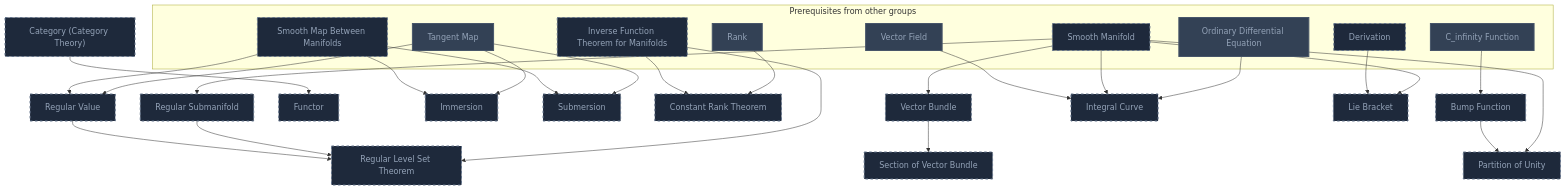
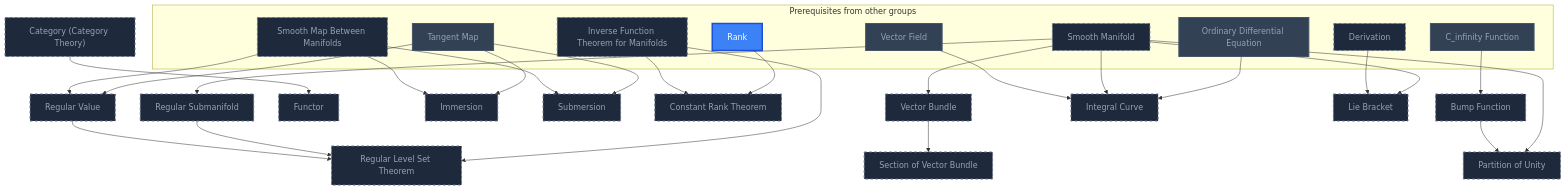
One commit to MRauf1/My-Notes changed diagram 14 of 21 in Gamification/Skill Trees/Differential Geometry.md. Above: the diagram before and after it, drawn with Mermaid. The commit also changed other lines of this file and 57 other files, not shown here.

````diff
--- a/Gamification/Skill Trees/Differential Geometry.md
+++ b/Gamification/Skill Trees/Differential Geometry.md
@@ -1009,63 +1012,64 @@
 ```mermaid
 flowchart TD
     classDef planned fill:#1E293B,stroke:#64748B,stroke-width:2px,stroke-dasharray:5 5,color:#94A3B8;
     classDef locked fill:#334155,stroke:#475569,stroke-width:2px,color:#94A3B8;
     classDef L0 fill:#F1F5F9,stroke:#94A3B8,stroke-width:2px,color:#000000;
     classDef L1 fill:#22C55E,stroke:#15803D,stroke-width:2px,color:#000000;
     classDef L2 fill:#3B82F6,stroke:#1D4ED8,stroke-width:3px,color:#FFFFFF;
     classDef L3 fill:#A855F7,stroke:#6B21A8,stroke-width:3px,color:#FFFFFF,font-weight:bold;
     classDef L4 fill:#F97316,stroke:#C2410C,stroke-width:4px,color:#000000,font-weight:bold;
     classDef L5 fill:#FFD700,stroke:#FF8C00,stroke-width:5px,color:#000000,font-weight:bold;
     classDef rusty stroke:#8B4513,stroke-width:4px,stroke-dasharray:3 3;
     subgraph sg_prereqs["Prerequisites from other groups"]
         n_smooth_manifold["Smooth Manifold"]
         n_smooth_map_between_manifolds["Smooth Map Between Manifolds"]
         n_tangent_map["Tangent Map"]
         n_inverse_function_theorem_for_manifolds["Inverse Function Theorem for Manifolds"]
         n_rank["Rank"]
         n_c_infinity_function["C_infinity Function"]
         n_vector_field["Vector Field"]
         n_ordinary_differential_equation["Ordinary Differential Equation"]
         n_derivation["Derivation"]
     end
     n_regular_submanifold["Regular Submanifold"]
     n_regular_value["Regular Value"]
     n_regular_level_set_theorem["Regular Level Set Theorem"]
     n_category_category_theory["Category (Category Theory)"]
     n_functor["Functor"]
     n_immersion["Immersion"]
     n_submersion["Submersion"]
     n_constant_rank_theorem["Constant Rank Theorem"]
     n_vector_bundle["Vector Bundle"]
     n_section_of_vector_bundle["Section of Vector Bundle"]
     n_bump_function["Bump Function"]
     n_partition_of_unity["Partition of Unity"]
     n_integral_curve["Integral Curve"]
     n_lie_bracket["Lie Bracket"]
     n_smooth_manifold --> n_regular_submanifold
     n_smooth_map_between_manifolds --> n_regular_value
     n_tangent_map --> n_regular_value
     n_regular_value --> n_regular_level_set_theorem
     n_regular_submanifold --> n_regular_level_set_theorem
     n_inverse_function_theorem_for_manifolds --> n_regular_level_set_theorem
     n_category_category_theory --> n_functor
     n_smooth_map_between_manifolds --> n_immersion
     n_tangent_map --> n_immersion
     n_smooth_map_between_manifolds --> n_submersion
     n_tangent_map --> n_submersion
     n_inverse_function_theorem_for_manifolds --> n_constant_rank_theorem
     n_rank --> n_constant_rank_theorem
     n_smooth_manifold --> n_vector_bundle
     n_vector_bundle --> n_section_of_vector_bundle
     n_c_infinity_function --> n_bump_function
     n_bump_function --> n_partition_of_unity
     n_smooth_manifold --> n_partition_of_unity
     n_vector_field --> n_integral_curve
     n_smooth_manifold --> n_integral_curve
     n_ordinary_differential_equation --> n_integral_curve
     n_derivation --> n_lie_bracket
     n_smooth_manifold --> n_lie_bracket
     class n_smooth_manifold,n_smooth_map_between_manifolds,n_inverse_function_theorem_for_manifolds,n_derivation,n_regular_submanifold,n_regular_value,n_regular_level_set_theorem,n_category_category_theory,n_functor,n_immersion,n_submersion,n_constant_rank_theorem,n_vector_bundle,n_section_of_vector_bundle,n_bump_function,n_partition_of_unity,n_integral_curve,n_lie_bracket planned;
-    class n_tangent_map,n_rank,n_c_infinity_function,n_vector_field,n_ordinary_differential_equation locked;
+    class n_tangent_map,n_c_infinity_function,n_vector_field,n_ordinary_differential_equation locked;
+    class n_rank L2;
     class n_tangent_map,n_rank,n_c_infinity_function,n_vector_field,n_ordinary_differential_equation internal-link;
 ```
````
